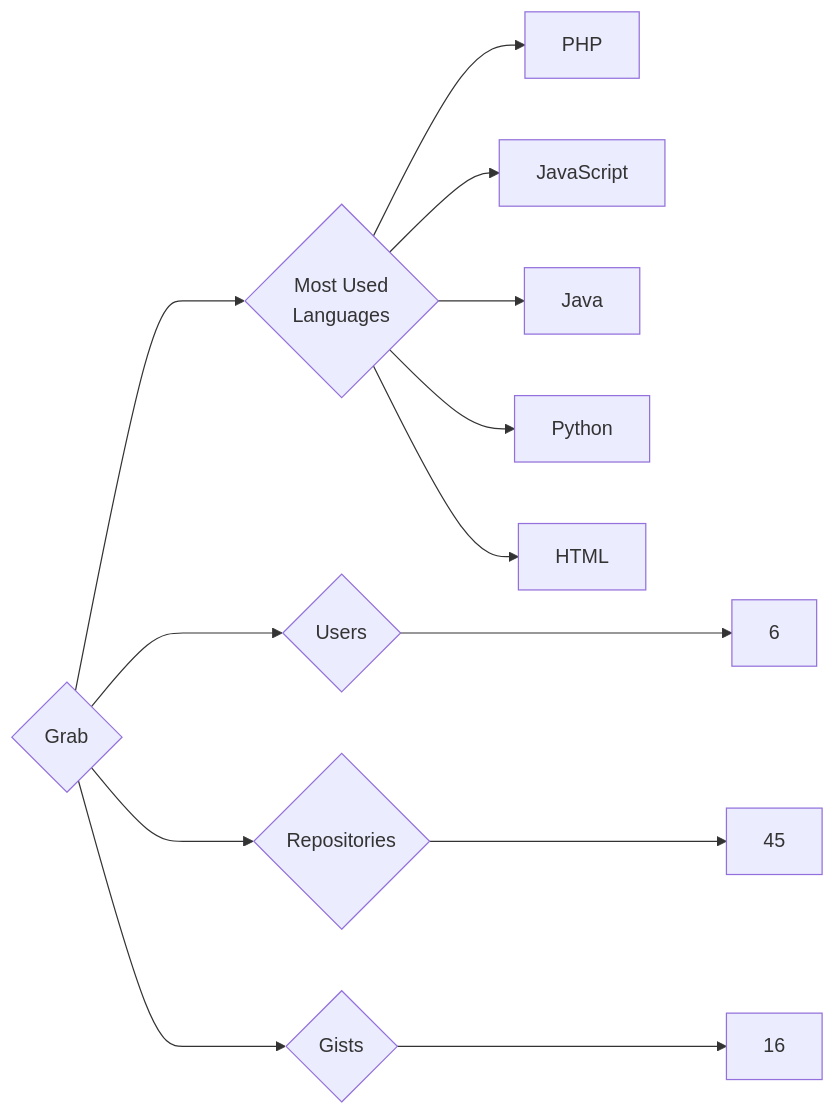
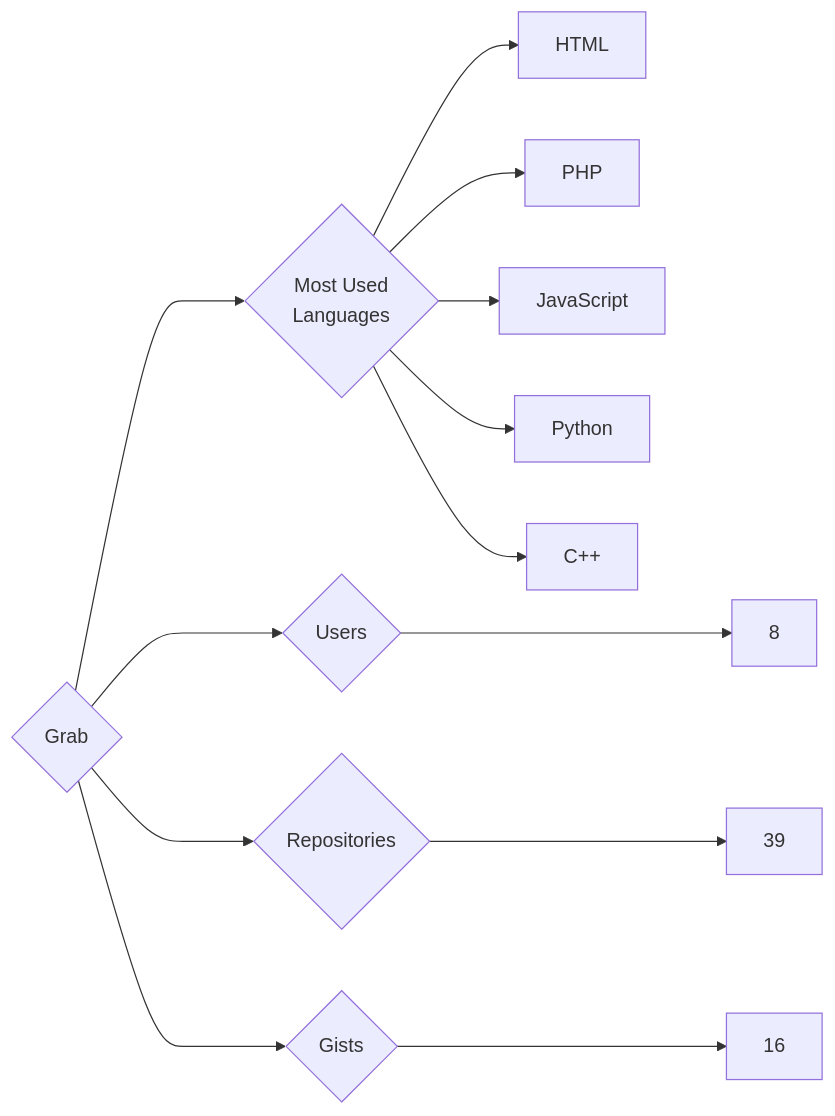
Before and after one commit to trickest/insiders: the diagram in targets/Grab/README.md, drawn with Mermaid. The commit also changed 1175 other files, not shown here.

````diff
--- a/targets/Grab/README.md
+++ b/targets/Grab/README.md
@@ -3,13 +3,13 @@
 ```mermaid
 graph LR
 COMPANY_NAME{Grab}
-COMPANY_NAME ---> U{Users} ---> UN[6]
-COMPANY_NAME ---> R{Repositories} ---> RN[45]
+COMPANY_NAME ---> U{Users} ---> UN[8]
+COMPANY_NAME ---> R{Repositories} ---> RN[39]
 COMPANY_NAME ---> G{Gists} ---> GN[16]
 COMPANY_NAME ---> ML{Most Used<br>Languages}
+ML --> HTML[HTML]
 ML --> PHP[PHP]
 ML --> JavaScript[JavaScript]
-ML --> Java[Java]
 ML --> Python[Python]
-ML --> HTML[HTML]
+ML --> C++[C++]
 ```
````
